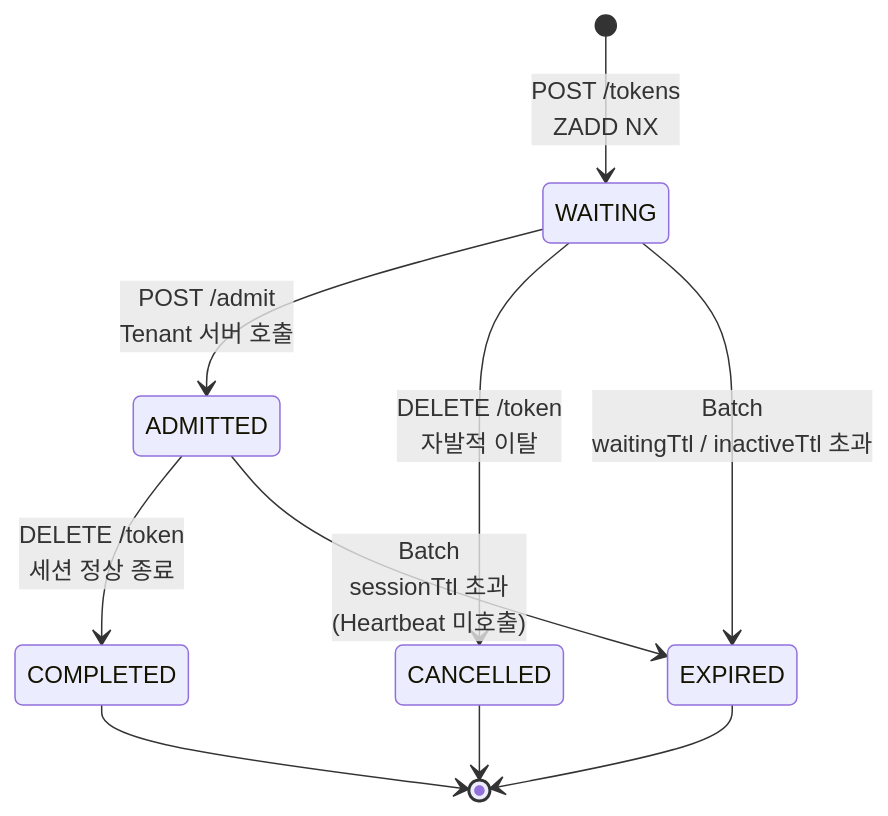
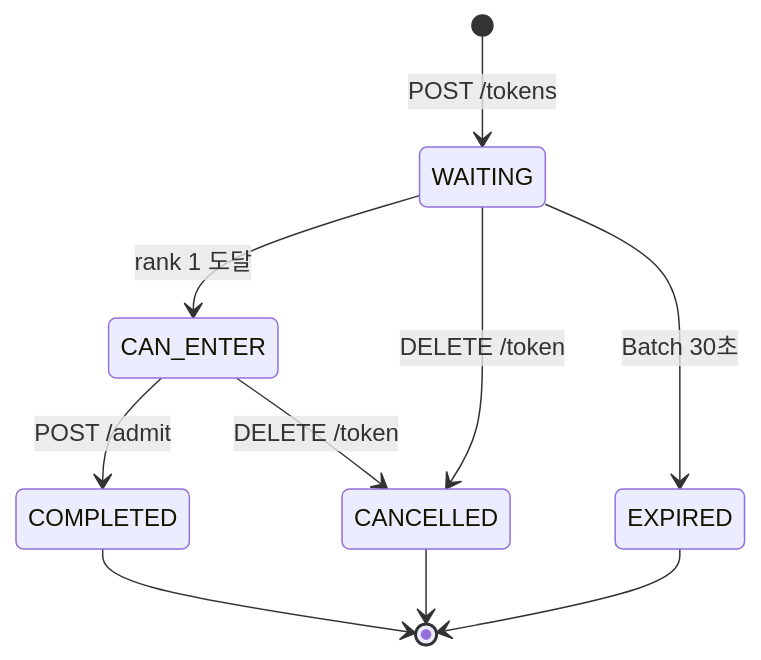
The first of 3 diagrams in doc/STATE.md (S-Onix/queue-platform), drawn with Mermaid before and after one commit. The commit also changed other lines of this file and 4 other files, not shown here.

````diff
--- a/doc/STATE.md
+++ b/doc/STATE.md
@@ -7,15 +9,12 @@
 ```mermaid
 stateDiagram-v2
-    [*] --> WAITING : POST /tokens<br/>ZADD NX
-
-    WAITING --> ADMITTED : POST /admit<br/>Tenant 서버 호출
-    WAITING --> CANCELLED : DELETE /token<br/>자발적 이탈
-    WAITING --> EXPIRED : Batch<br/>waitingTtl / inactiveTtl 초과
-
-    ADMITTED --> COMPLETED : DELETE /token<br/>세션 정상 종료
-    ADMITTED --> EXPIRED : Batch<br/>sessionTtl 초과 <br/>(Heartbeat 미호출)
-
+    [*] --> WAITING : POST /tokens
+    WAITING --> CAN_ENTER : rank 1 도달
+    CAN_ENTER --> COMPLETED : POST /admit
+    WAITING --> CANCELLED : DELETE /token
+    WAITING --> EXPIRED : Batch 30초
+    CAN_ENTER --> CANCELLED : DELETE /token
     COMPLETED --> [*]
     CANCELLED --> [*]
     EXPIRED --> [*]
 ```
````
